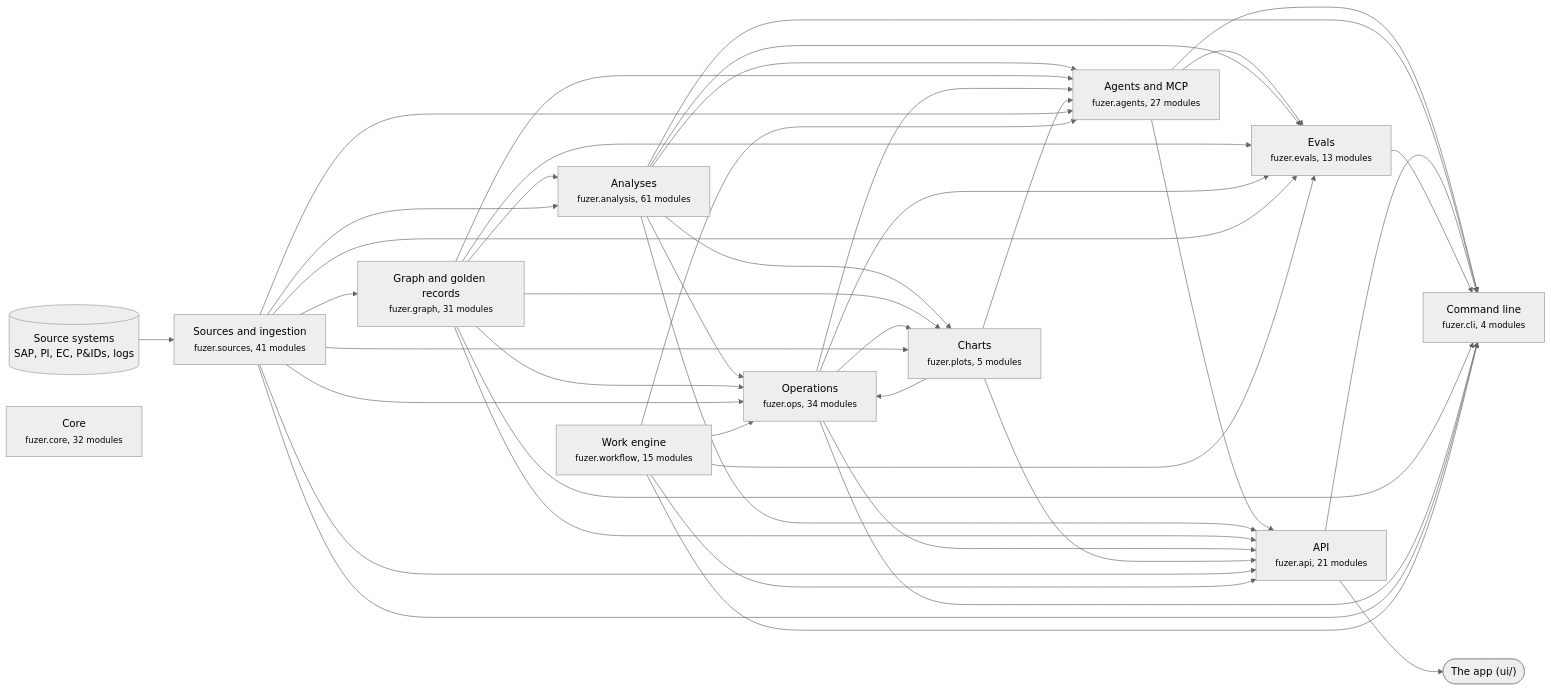
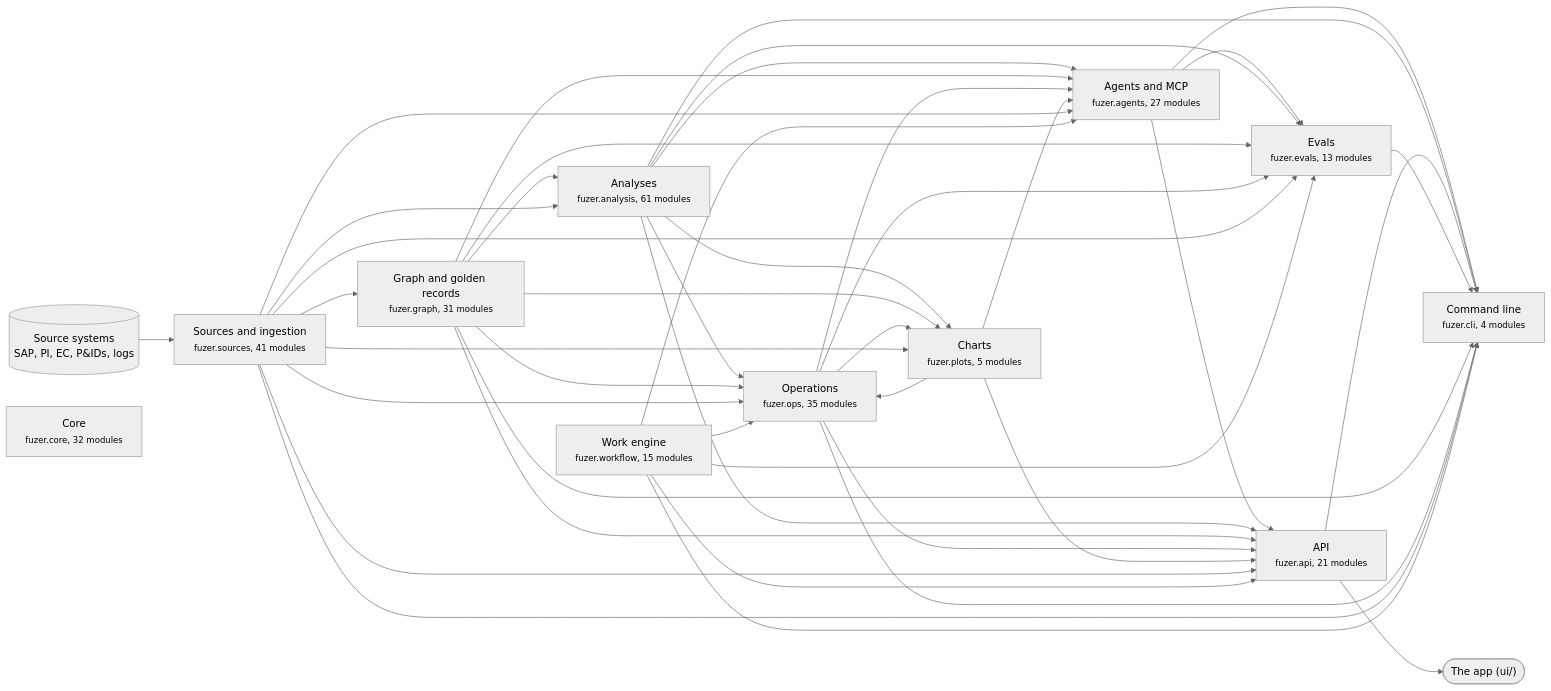
The first of 3 diagrams in docs/architecture.md (areed145/fuzer), drawn with Mermaid (neutral theme) before and after one commit. The commit also changed other lines of this file and 17 other files, not shown here.

First line of the commit message:
A monthly flare and emissions report drafted from its records, each figure marked by its basis (P7.6a)

````diff
--- a/docs/architecture.md
+++ b/docs/architecture.md
@@ -8,67 +8,67 @@
 ```mermaid
 flowchart LR
   systems[("Source systems<br>SAP, PI, EC, P&IDs, logs")] --> c_sources
   app(["The app (ui/)"])
   c_api --> app
   c_sources["Sources and ingestion<br><small>fuzer.sources, 41 modules</small>"]
   c_graph["Graph and golden records<br><small>fuzer.graph, 31 modules</small>"]
   c_analysis["Analyses<br><small>fuzer.analysis, 61 modules</small>"]
-  c_ops["Operations<br><small>fuzer.ops, 34 modules</small>"]
+  c_ops["Operations<br><small>fuzer.ops, 35 modules</small>"]
   c_plots["Charts<br><small>fuzer.plots, 5 modules</small>"]
   c_workflow["Work engine<br><small>fuzer.workflow, 15 modules</small>"]
   c_agents["Agents and MCP<br><small>fuzer.agents, 27 modules</small>"]
   c_evals["Evals<br><small>fuzer.evals, 13 modules</small>"]
   c_api["API<br><small>fuzer.api, 21 modules</small>"]
   c_cli["Command line<br><small>fuzer.cli, 4 modules</small>"]
   c_core["Core<br><small>fuzer.core, 32 modules</small>"]
   c_sources --> c_graph
   c_graph --> c_analysis
   c_sources --> c_analysis
   c_analysis --> c_ops
   c_graph --> c_ops
   c_plots --> c_ops
   c_sources --> c_ops
   c_workflow --> c_ops
   c_analysis --> c_plots
   c_graph --> c_plots
   c_ops --> c_plots
   c_sources --> c_plots
   c_analysis --> c_agents
   c_graph --> c_agents
   c_ops --> c_agents
   c_plots --> c_agents
   c_sources --> c_agents
   c_workflow --> c_agents
   c_agents --> c_evals
   c_analysis --> c_evals
   c_graph --> c_evals
   c_ops --> c_evals
   c_sources --> c_evals
   c_workflow --> c_evals
   c_agents --> c_api
   c_analysis --> c_api
   c_graph --> c_api
   c_ops --> c_api
   c_plots --> c_api
   c_sources --> c_api
   c_workflow --> c_api
   c_agents --> c_cli
   c_analysis --> c_cli
   c_api --> c_cli
   c_evals --> c_cli
   c_graph --> c_cli
   c_ops --> c_cli
   c_sources --> c_cli
   c_workflow --> c_cli
   click c_sources "https://github.com/areed145/fuzer/tree/main/src/fuzer/sources"
   click c_graph "https://github.com/areed145/fuzer/tree/main/src/fuzer/graph"
   click c_analysis "https://github.com/areed145/fuzer/tree/main/src/fuzer/analysis"
   click c_ops "https://github.com/areed145/fuzer/tree/main/src/fuzer/ops"
   click c_plots "https://github.com/areed145/fuzer/tree/main/src/fuzer/plots"
   click c_workflow "https://github.com/areed145/fuzer/tree/main/src/fuzer/workflow"
   click c_agents "https://github.com/areed145/fuzer/tree/main/src/fuzer/agents"
   click c_evals "https://github.com/areed145/fuzer/tree/main/src/fuzer/evals"
   click c_api "https://github.com/areed145/fuzer/tree/main/src/fuzer/api"
   click c_cli "https://github.com/areed145/fuzer/tree/main/src/fuzer/cli"
   click c_core "https://github.com/areed145/fuzer/tree/main/src/fuzer/core"
 ```
````
